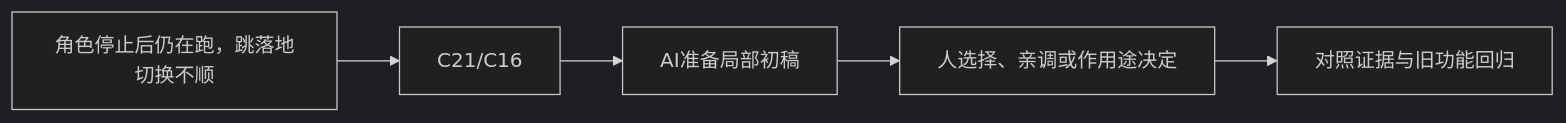
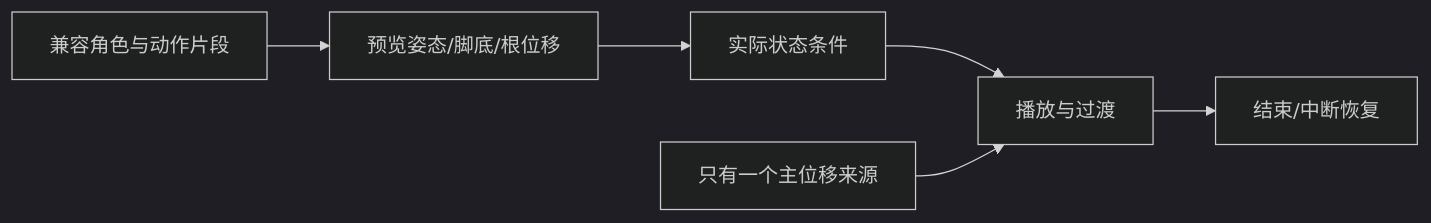
Before and after one commit to Zilur/ai-3d-game-learning: the diagram in curriculum/lessons/I02.md, drawn with Mermaid (dark theme). The commit also changed other lines of this file and 164 other files, not shown here.

Commit message:
docs: publish 47 step-by-step AI lesson flows, world upgrade and optional training corner

````diff
--- a/curriculum/lessons/I02.md
+++ b/curriculum/lessons/I02.md
@@ -38,7 +35,8 @@
 ```mermaid
 flowchart LR
-  S["角色停止后仍在跑，跳落地切换不顺"] --> K["C21/C16"]
-  K --> AI["AI准备局部初稿"]
-  AI --> H["人选择、亲调或作用途决定"]
-  H --> V["对照证据与旧功能回归"]
+ S["兼容角色与动作片段"] --> P["预览姿态/脚底/根位移"]
+ P --> C["实际状态条件"]
+ C --> A["播放与过渡"]
+ A --> R["结束/中断恢复"]
+ M["只有一个主位移来源"] --> A
 ```
````
